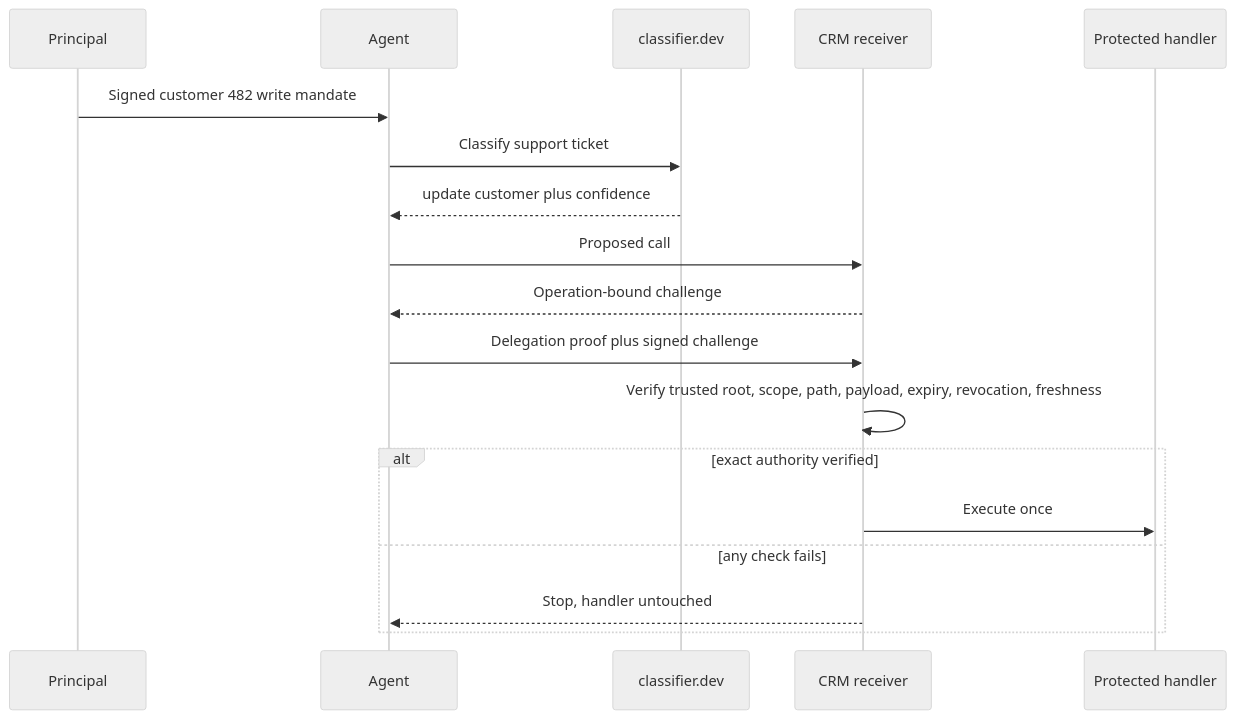
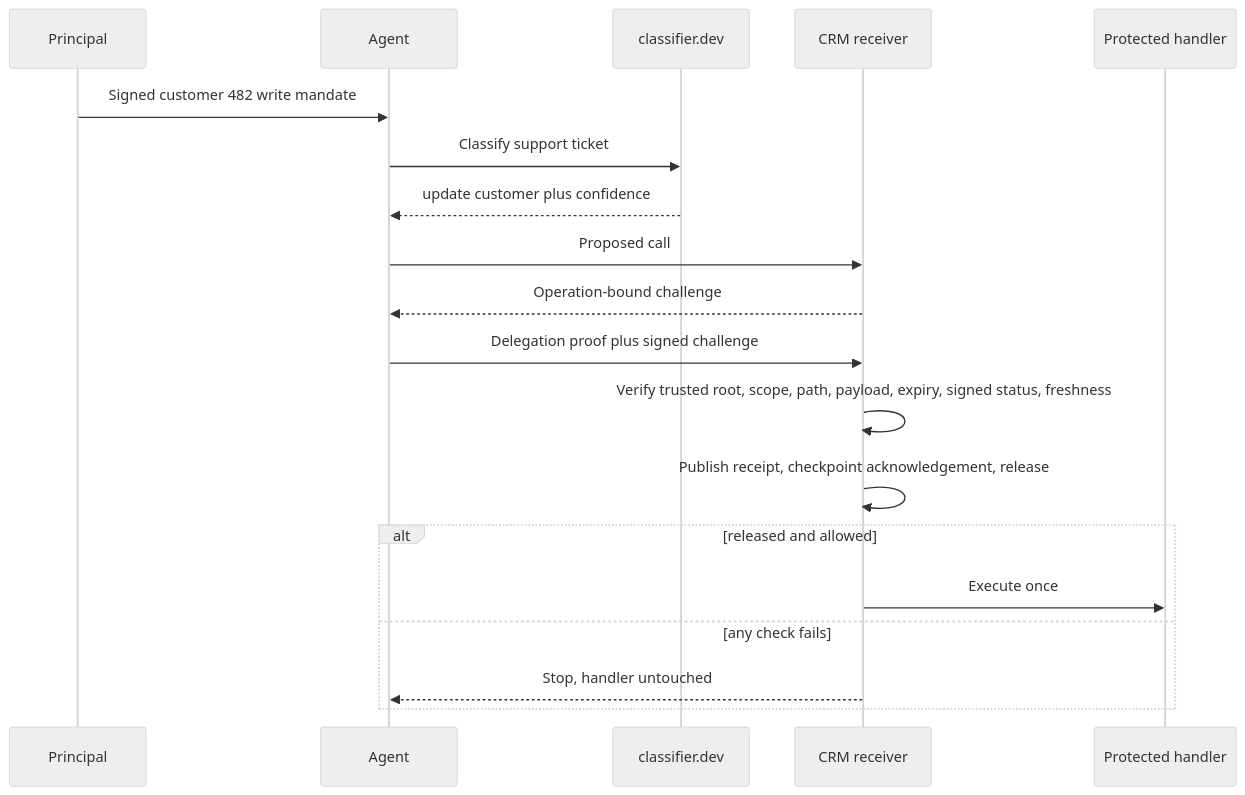
The second of 2 diagrams in README.md (identities-ai/ratify-classifier-reference), drawn with Mermaid (neutral theme) before and after one commit. The commit also changed other lines of this file and 7 other files, not shown here.

````diff
--- a/README.md
+++ b/README.md
@@ -159,20 +177,21 @@
 ```mermaid
 sequenceDiagram
     participant P as Principal
     participant A as Agent
     participant C as classifier.dev
     participant R as CRM receiver
     participant H as Protected handler
     P->>A: Signed customer 482 write mandate
     A->>C: Classify support ticket
     C-->>A: update customer plus confidence
     A->>R: Proposed call
     R-->>A: Operation-bound challenge
     A->>R: Delegation proof plus signed challenge
-    R->>R: Verify trusted root, scope, path, payload, expiry, revocation, freshness
-    alt exact authority verified
+    R->>R: Verify trusted root, scope, path, payload, expiry, signed status, freshness
+    R->>R: Publish receipt, checkpoint acknowledgement, release
+    alt released and allowed
         R->>H: Execute once
     else any check fails
         R-->>A: Stop, handler untouched
     end
 ```
````
